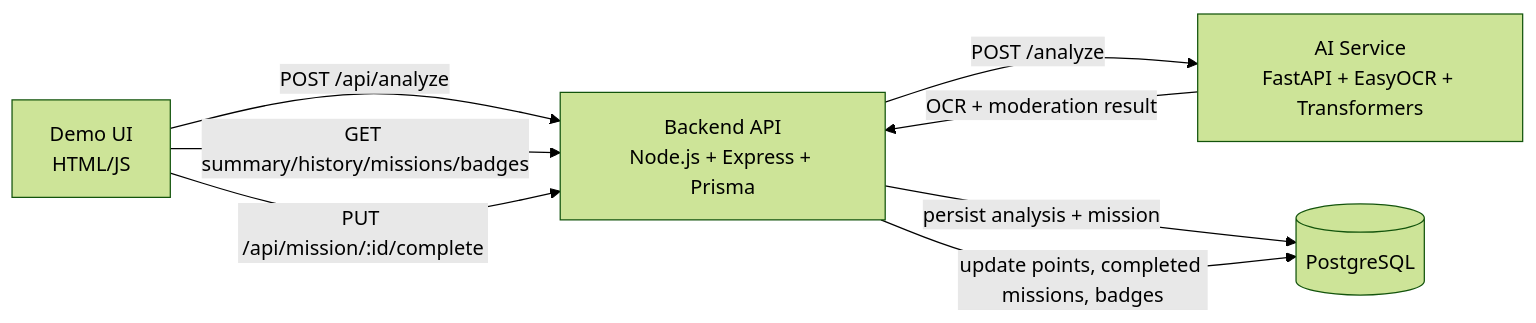
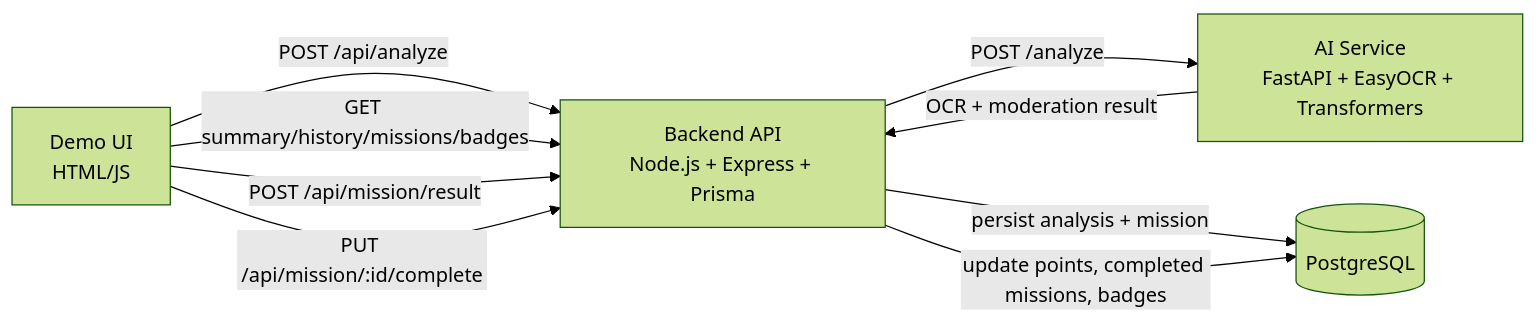
Before and after one commit to Helmi-Megdiche/AI-Module-to-Turn-Screen-Time-into-Real-Learning-in-a-Parental-Control-App: the diagram in README.md, drawn with Mermaid (forest theme). The commit also changed other lines of this file, not shown here.

First line of the commit message:
docs: sync README with interactive missions and result scoring flow

````diff
--- a/README.md
+++ b/README.md
@@ -17,10 +17,11 @@
 ```mermaid
 flowchart LR
     UI[Demo UI<br/>HTML/JS] -->|POST /api/analyze| BE[Backend API<br/>Node.js + Express + Prisma]
     BE -->|POST /analyze| AI[AI Service<br/>FastAPI + EasyOCR + Transformers]
     AI -->|OCR + moderation result| BE
     BE -->|persist analysis + mission| DB[(PostgreSQL)]
     UI -->|GET summary/history/missions/badges| BE
+    UI -->|POST /api/mission/result| BE
     UI -->|PUT /api/mission/:id/complete| BE
     BE -->|update points, completed missions, badges| DB
 ```
````
